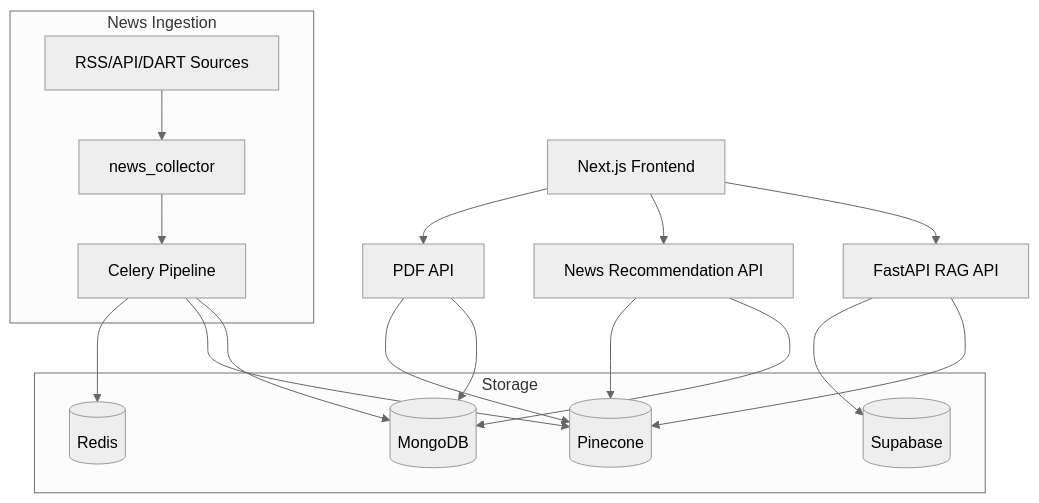
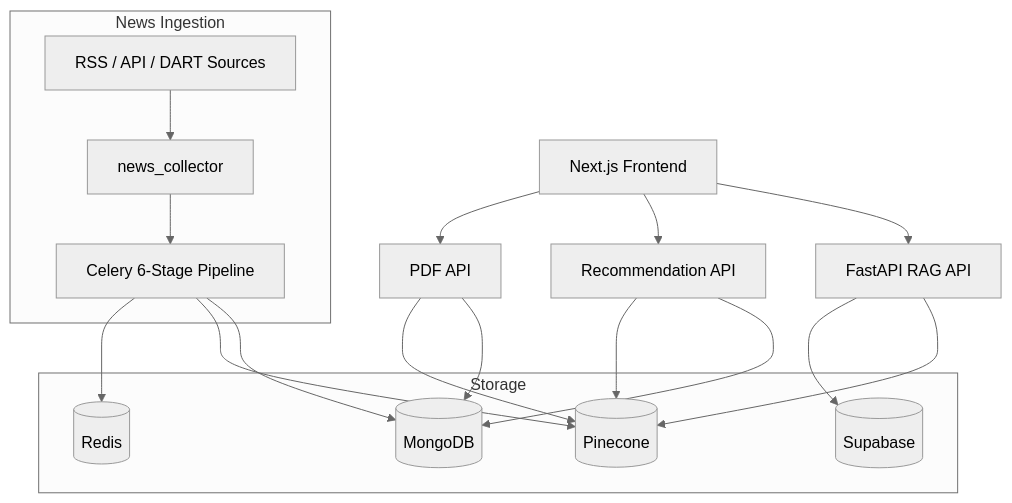
One commit to lunnyz3/Aigen_science_RAG changed the first of 3 diagrams in README.md. Above: the diagram before and after it, drawn with Mermaid (neutral theme). The commit also changed other lines of this file, not shown here.

````diff
--- a/README.md
+++ b/README.md
@@ -146,28 +222,28 @@
 ```mermaid
 flowchart TB
     FE[Next.js Frontend] --> RAGAPI[FastAPI RAG API]
-    FE --> RECAPI[News Recommendation API]
+    FE --> RECAPI[Recommendation API]
     FE --> PDFAPI[PDF API]
 
     subgraph Ingestion[News Ingestion]
-        SRC[RSS/API/DART Sources] --> COL[news_collector]
-        COL --> CELERY[Celery Pipeline]
+        SRC[RSS / API / DART Sources] --> COL[news_collector]
+        COL --> CELERY[Celery 6-Stage Pipeline]
     end
 
     subgraph Storage[Storage]
         MONGO[(MongoDB)]
         PINE[(Pinecone)]
         REDIS[(Redis)]
         SUPA[(Supabase)]
     end
 
     CELERY --> MONGO
     CELERY --> PINE
     CELERY --> REDIS
     RECAPI --> MONGO
     RECAPI --> PINE
     PDFAPI --> MONGO
     PDFAPI --> PINE
     RAGAPI --> PINE
     RAGAPI --> SUPA
 ```
````
